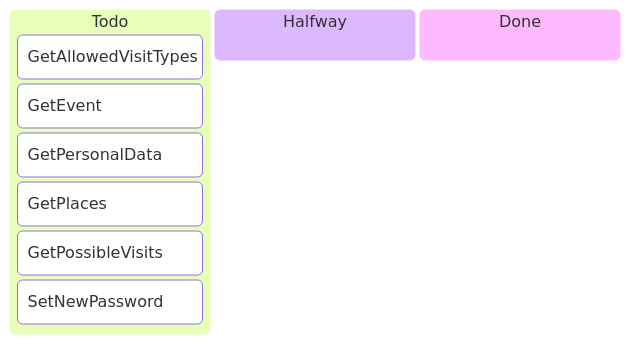
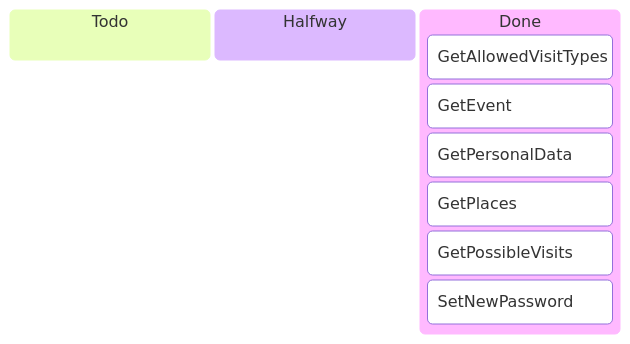
The second of 3 diagrams in TODO.md (MesserLancillotto/ProgettoApollo), drawn with Mermaid before and after one commit. The commit also changed 7 other files, not shown here.

````diff
--- a/TODO.md
+++ b/TODO.md
@@ -27,13 +27,13 @@
 ```mermaid
 kanban
   todo[Todo]
-        GetAllowedVisitTypes
-        GetEvent
-        GetPersonalData
-        GetPlaces
-        GetPossibleVisits
-        SetNewPassword 
   halfway[Halfway]
 
   done[Done]
+    GetAllowedVisitTypes
+    GetEvent
+    GetPersonalData
+    GetPlaces
+    GetPossibleVisits
+    SetNewPassword 
 ```
````
